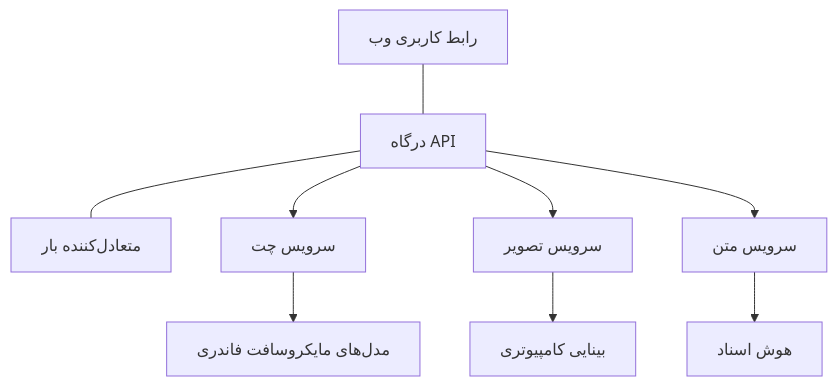
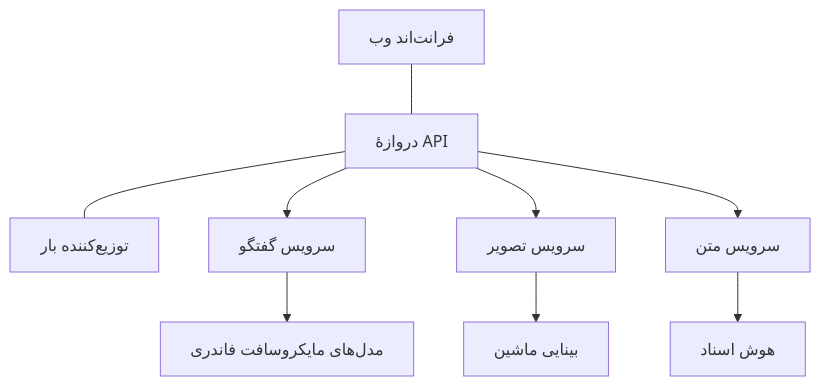
One commit to microsoft/AZD-for-beginners changed the diagram in translations/fa/docs/chapter-08-production/production-ai-practices.md. Above: the diagram before and after it, drawn with Mermaid. The commit also changed other lines of this file and 101 other files, not shown here.

````diff
--- a/translations/fa/docs/chapter-08-production/production-ai-practices.md
+++ b/translations/fa/docs/chapter-08-production/production-ai-practices.md
@@ -30,10 +30,10 @@
 ```mermaid
 graph TD
-    Frontend[رابط کاربری وب] --- Gateway[درگاه API] --- LB[متعادل‌کننده بار]
-    Gateway --> Chat[سرویس چت]
+    Frontend[فرانت‌اند وب] --- Gateway[دروازهٔ API] --- LB[توزیع‌کننده بار]
+    Gateway --> Chat[سرویس گفتگو]
     Gateway --> Image[سرویس تصویر]
     Gateway --> Text[سرویس متن]
     Chat --> OpenAI[مدل‌های مایکروسافت فاندری]
-    Image --> Vision[بینایی کامپیوتری]
+    Image --> Vision[بینایی ماشین]
     Text --> DocIntel[هوش اسناد]
 ```
````
